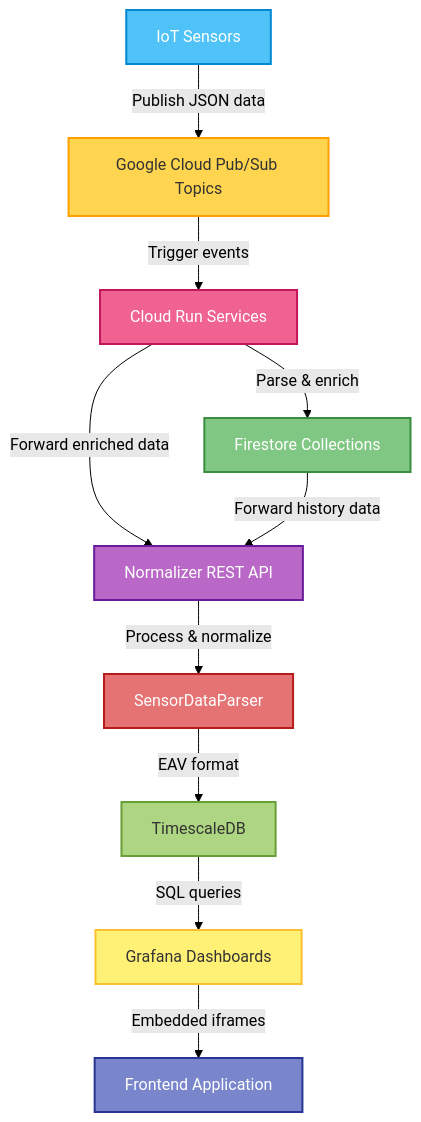
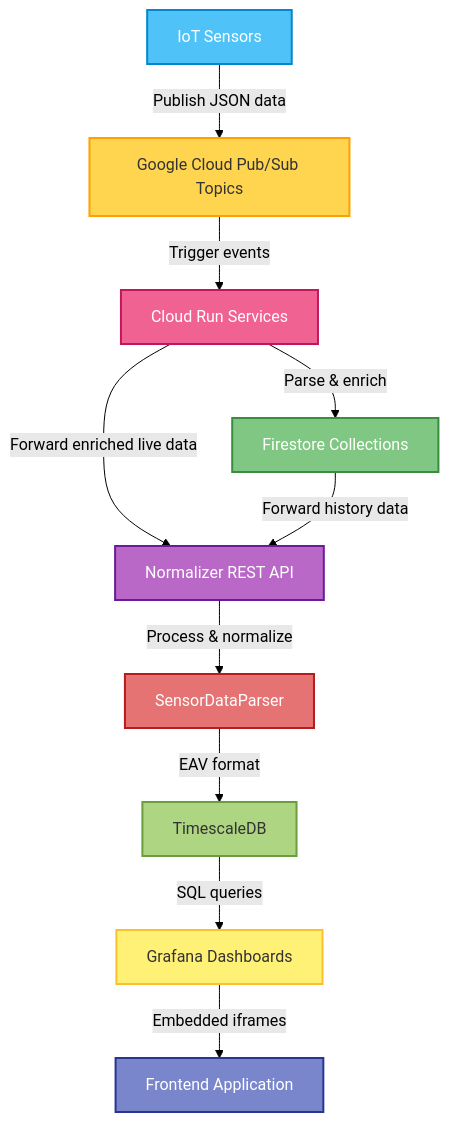
One commit to SamuliLam/firestore-grafana-pipeline changed the diagram in docs/02_Functional_Specification.md. Above: the diagram before and after it, drawn with Mermaid (forest theme).

````diff
--- a/docs/02_Functional_Specification.md
+++ b/docs/02_Functional_Specification.md
@@ -71,22 +71,22 @@
 ```mermaid
 graph TD
     A[IoT Sensors] -->|Publish JSON data| B[Google Cloud Pub/Sub Topics]
     B -->|Trigger events| C[Cloud Run Services]
     C -->|Parse & enrich| D[Firestore Collections]
-    C -->|Forward enriched data| E[Normalizer REST API]
+    C -->|Forward enriched live data| E[Normalizer REST API]
     D -->|Forward history data| E[Normalizer REST API]
     E -->|Process & normalize| F[SensorDataParser]
     F -->|EAV format| G[TimescaleDB]
     G -->|SQL queries| H[Grafana Dashboards]
     H -->|Embedded iframes| I[Frontend Application]
     
     style A fill:#4FC3F7,stroke:#0288D1,stroke-width:2px,color:#fff
 style B fill:#FFD54F,stroke:#FFA000,stroke-width:2px,color:#333
 style C fill:#F06292,stroke:#C2185B,stroke-width:2px,color:#fff
 style D fill:#81C784,stroke:#388E3C,stroke-width:2px,color:#fff
 style E fill:#BA68C8,stroke:#6A1B9A,stroke-width:2px,color:#fff
 style F fill:#E57373,stroke:#B71C1C,stroke-width:2px,color:#fff
 style G fill:#AED581,stroke:#689F38,stroke-width:2px,color:#333
 style H fill:#FFF176,stroke:#FBC02D,stroke-width:2px,color:#333
 style I fill:#7986CB,stroke:#283593,stroke-width:2px,color:#fff
 ```
````
